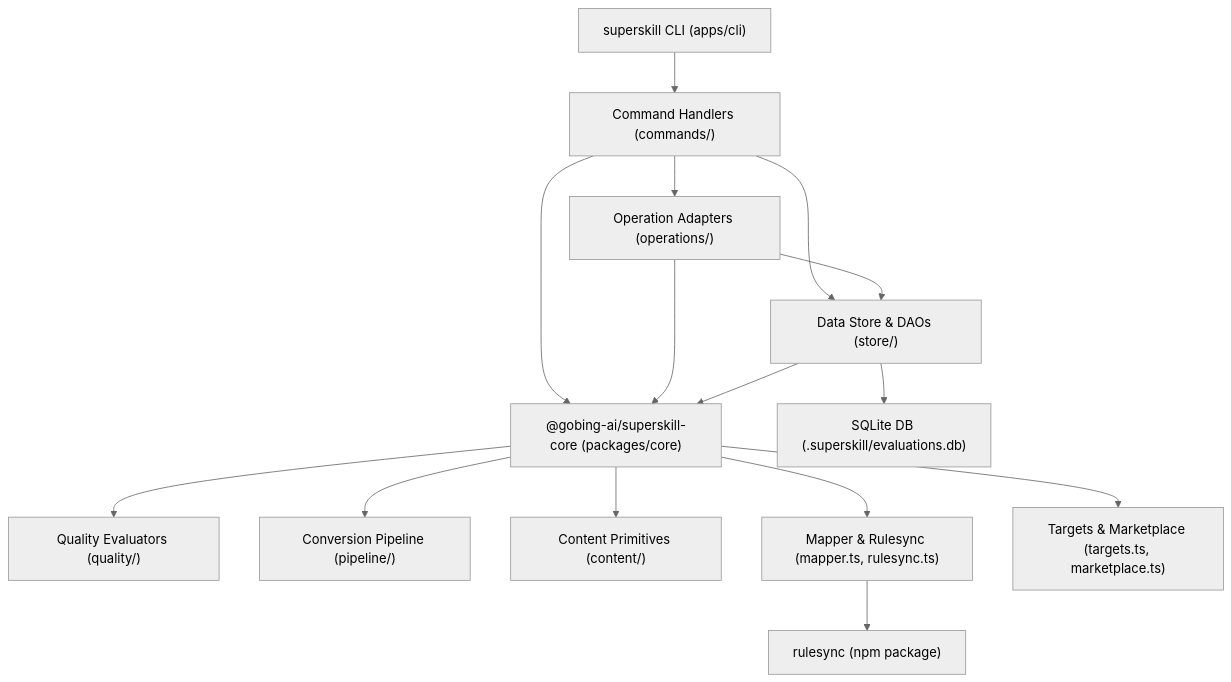
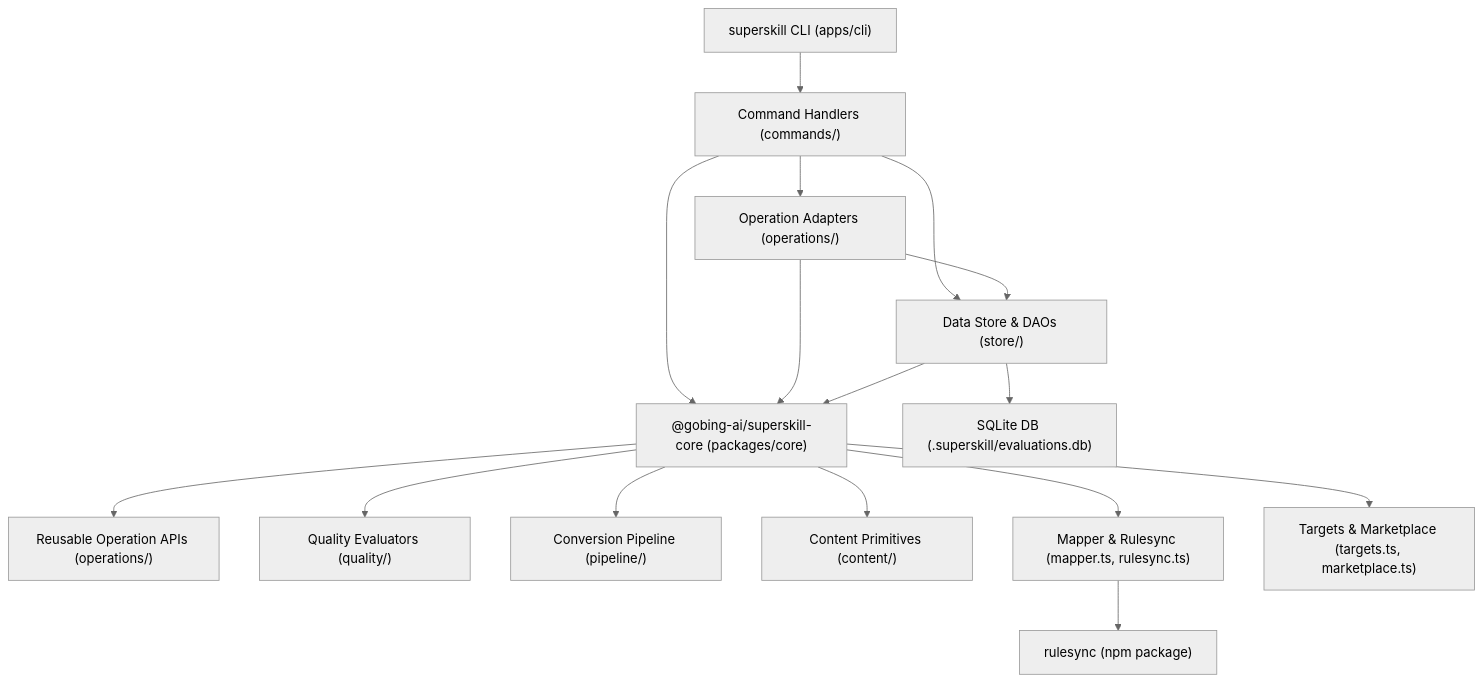
Before and after one commit to gobing-ai/superskill: the first of 8 diagrams in docs/03_ARCHITECTURE.md, drawn with Mermaid (neutral theme). The commit also changed other lines of this file and 4 other files, not shown here.

````diff
--- a/docs/03_ARCHITECTURE.md
+++ b/docs/03_ARCHITECTURE.md
@@ -32,30 +32,32 @@
 ```mermaid
 graph TD
     CLI["superskill CLI (apps/cli)"]
     CMDS["Command Handlers (commands/)"]
     OPS["Operation Adapters (operations/)"]
     STORE["Data Store & DAOs (store/)"]
 
     CORE["@gobing-ai/superskill-core (packages/core)"]
+    CORE_OPS["Reusable Operation APIs (operations/)"]
     QUAL["Quality Evaluators (quality/)"]
     PIPE["Conversion Pipeline (pipeline/)"]
     CONTENT["Content Primitives (content/)"]
     MAPPER["Mapper & Rulesync (mapper.ts, rulesync.ts)"]
     TARGETS["Targets & Marketplace (targets.ts, marketplace.ts)"]
 
     CLI --> CMDS
     CMDS --> OPS
     CMDS --> STORE
     OPS --> STORE
 
     CMDS --> CORE
     OPS --> CORE
     STORE --> CORE
+    CORE --> CORE_OPS
     CORE --> QUAL
     CORE --> PIPE
     CORE --> CONTENT
     CORE --> MAPPER
     CORE --> TARGETS
     MAPPER --> RS_PKG["rulesync (npm package)"]
     STORE --> SQLite["SQLite DB (.superskill/evaluations.db)"]
 ```
````
